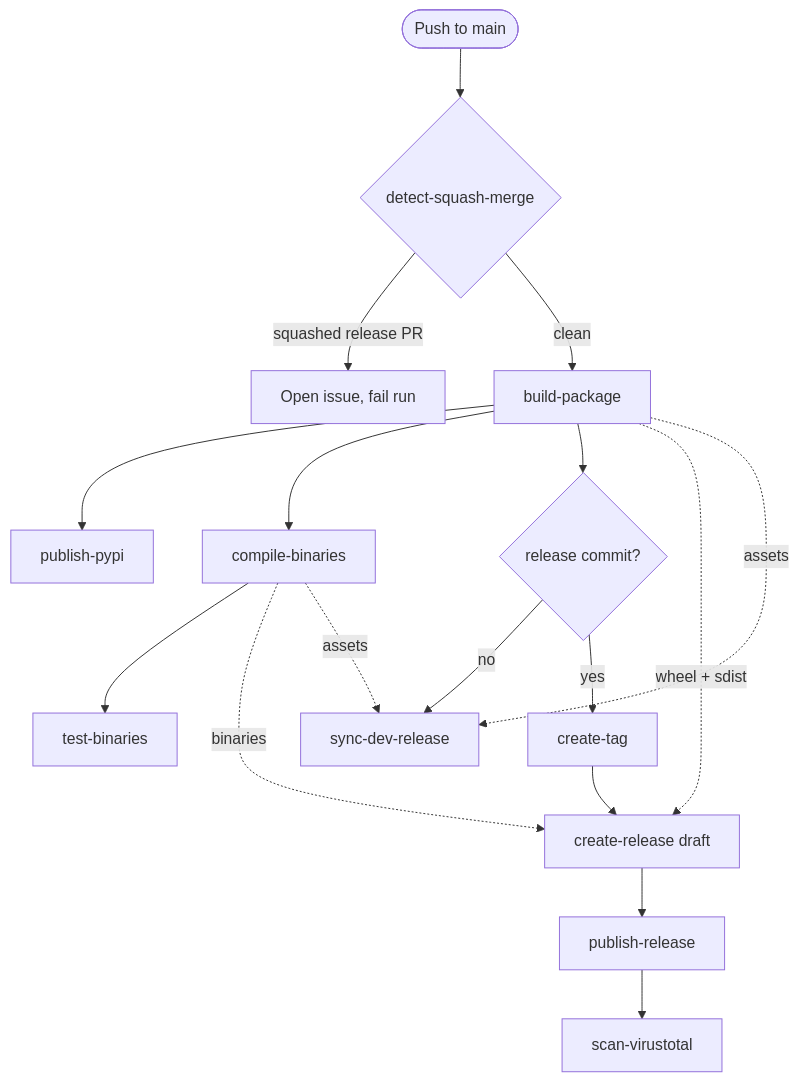
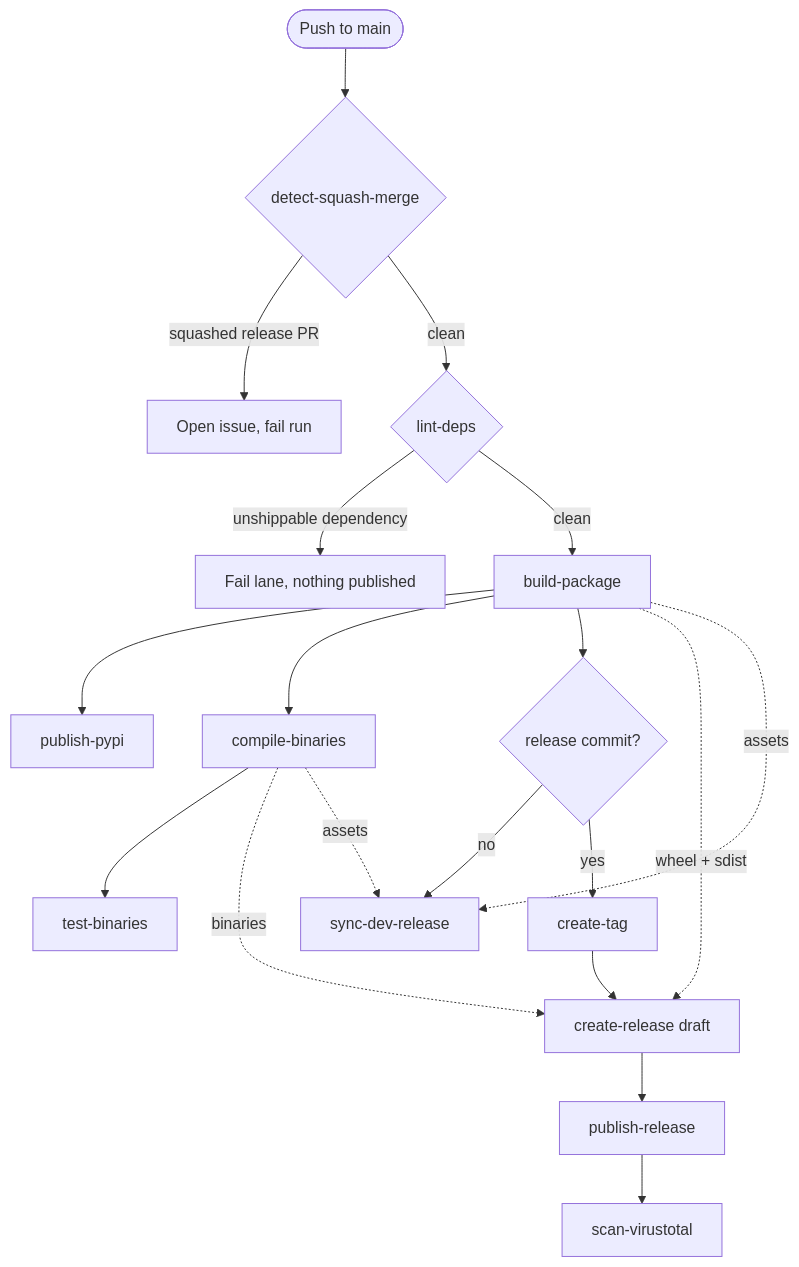
Before and after one commit to kdeldycke/repomatic: the first of 2 diagrams in docs/workflows.md, drawn with Mermaid. The commit also changed other lines of this file and 14 other files, not shown here.

Commit message:
New `lint-deps` command

````diff
--- a/docs/workflows.md
+++ b/docs/workflows.md
@@ -535,19 +546,21 @@
 ```mermaid
 flowchart TD
     push([Push to main]) --> squash{detect-squash-merge}
     squash -->|squashed release PR| fail[Open issue, fail run]
-    squash -->|clean| build[build-package]
+    squash -->|clean| deps{lint-deps}
+    deps -->|unshippable dependency| blocked[Fail lane, nothing published]
+    deps -->|clean| build[build-package]
     build --> pypi[publish-pypi]
     build --> nuitka[compile-binaries]
     build --> relcommit{release commit?}
     relcommit -->|no| dev[sync-dev-release]
     relcommit -->|yes| tag[create-tag]
     nuitka --> testbin[test-binaries]
     tag --> draft[create-release draft]
     build -. wheel + sdist .-> draft
     nuitka -. binaries .-> draft
     draft --> pubrel[publish-release]
     pubrel --> vt[scan-virustotal]
     build -. assets .-> dev
     nuitka -. assets .-> dev
 ```
````
